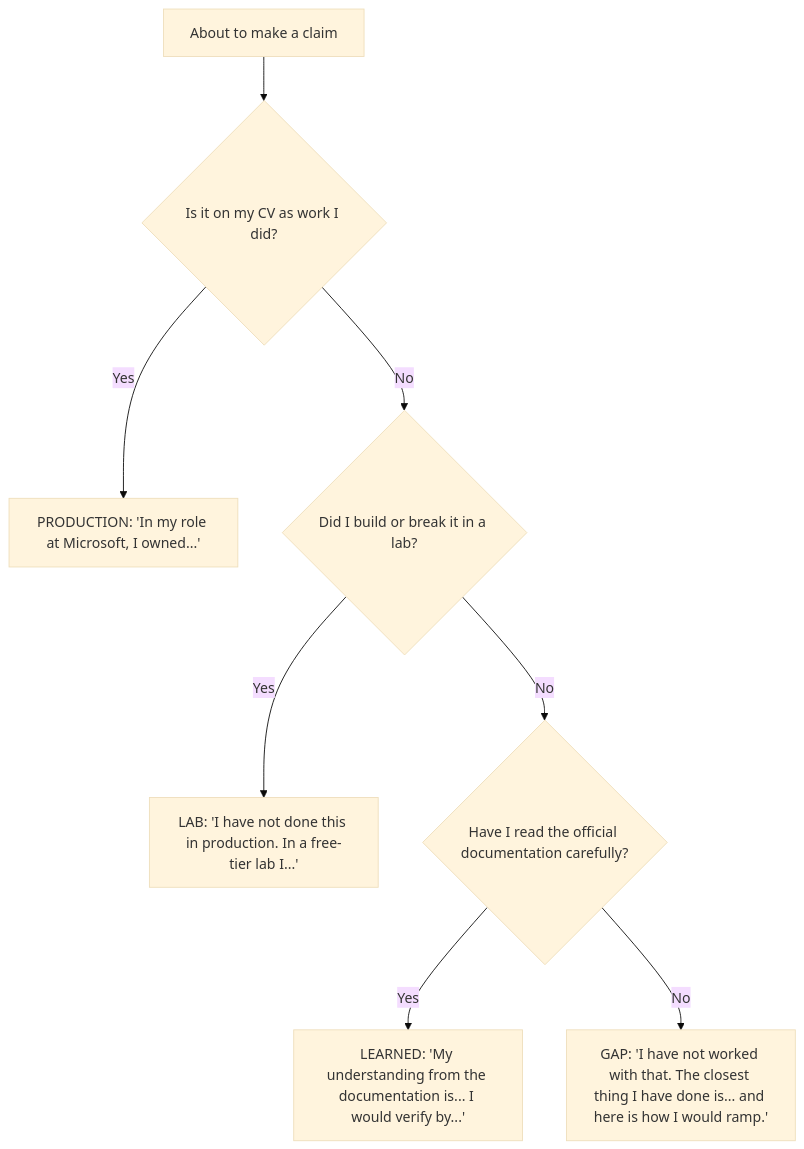
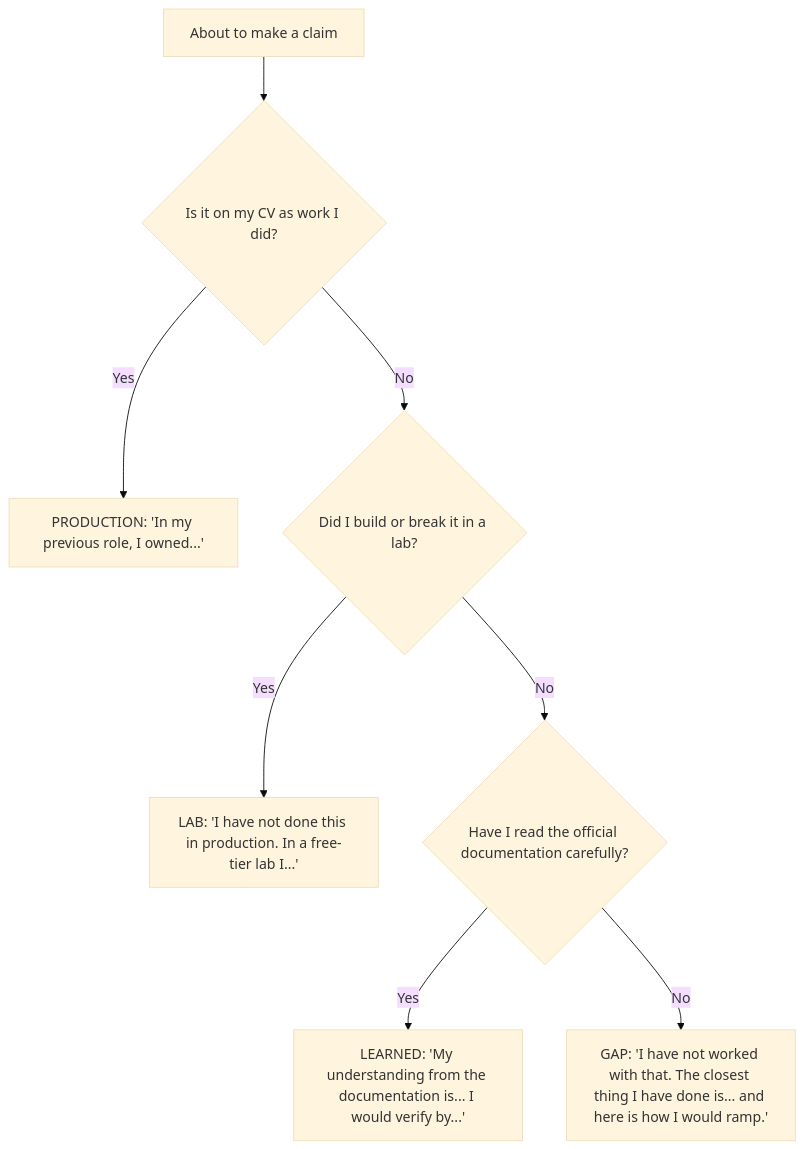
The fifth of 5 diagrams in Okta DSE/prep/Part-001-role-compass-interview-map-and-honest-candidate-story.md (hichauhan-in/Interview-Prep), drawn with Mermaid (base theme) before and after one commit. The commit also changed other lines of this file and 493 other files, not shown here.

````diff
--- a/Okta DSE/prep/Part-001-role-compass-interview-map-and-honest-candidate-story.md
+++ b/Okta DSE/prep/Part-001-role-compass-interview-map-and-honest-candidate-story.md
@@ -261,10 +261,10 @@
 ```mermaid
 flowchart TD
     Claim["About to make a claim"] --> T1{"Is it on my CV as work I did?"}
-    T1 -->|"Yes"| Prod["PRODUCTION: 'In my role at Microsoft, I owned...'"]
+    T1 -->|"Yes"| Prod["PRODUCTION: 'In my previous role, I owned...'"]
     T1 -->|"No"| T2{"Did I build or break it in a lab?"}
     T2 -->|"Yes"| Lab["LAB: 'I have not done this in production. In a free-tier lab I...'"]
     T2 -->|"No"| T3{"Have I read the official documentation carefully?"}
     T3 -->|"Yes"| Learned["LEARNED: 'My understanding from the documentation is... I would verify by...'"]
     T3 -->|"No"| Gap["GAP: 'I have not worked with that. The closest thing I have done is... and here is how I would ramp.'"]
 ```
````
